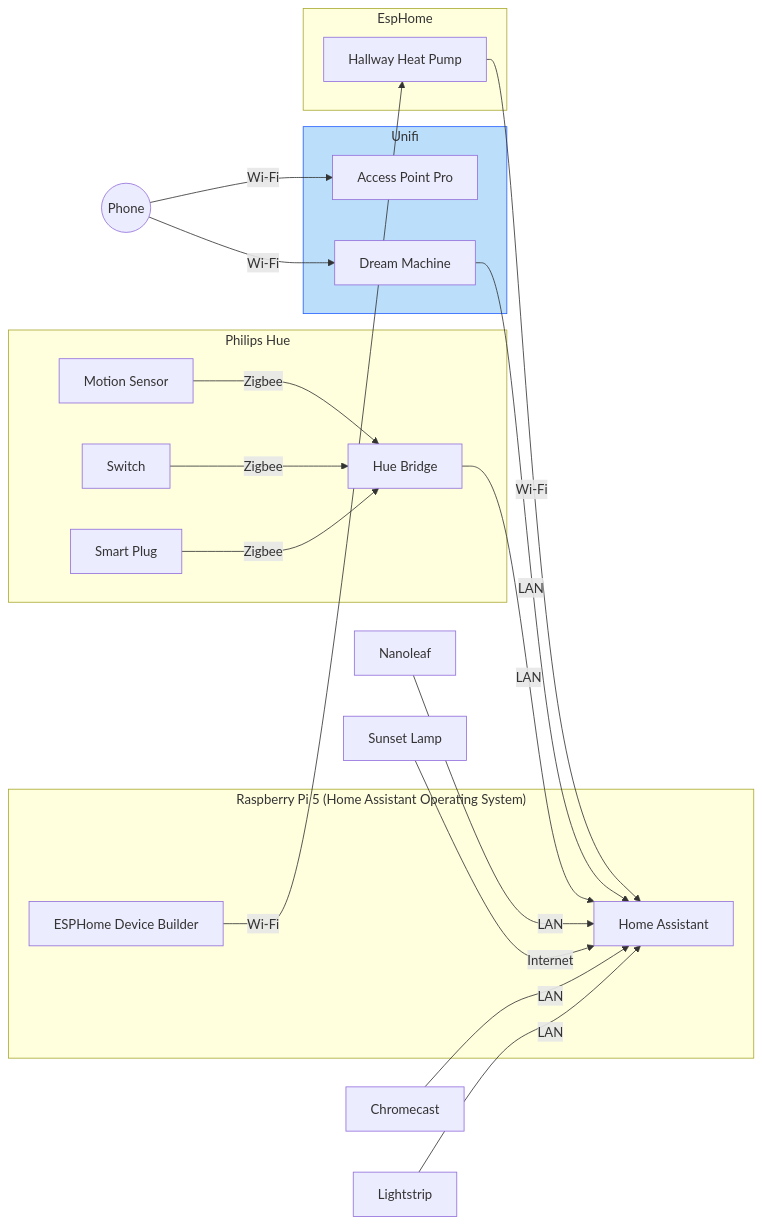
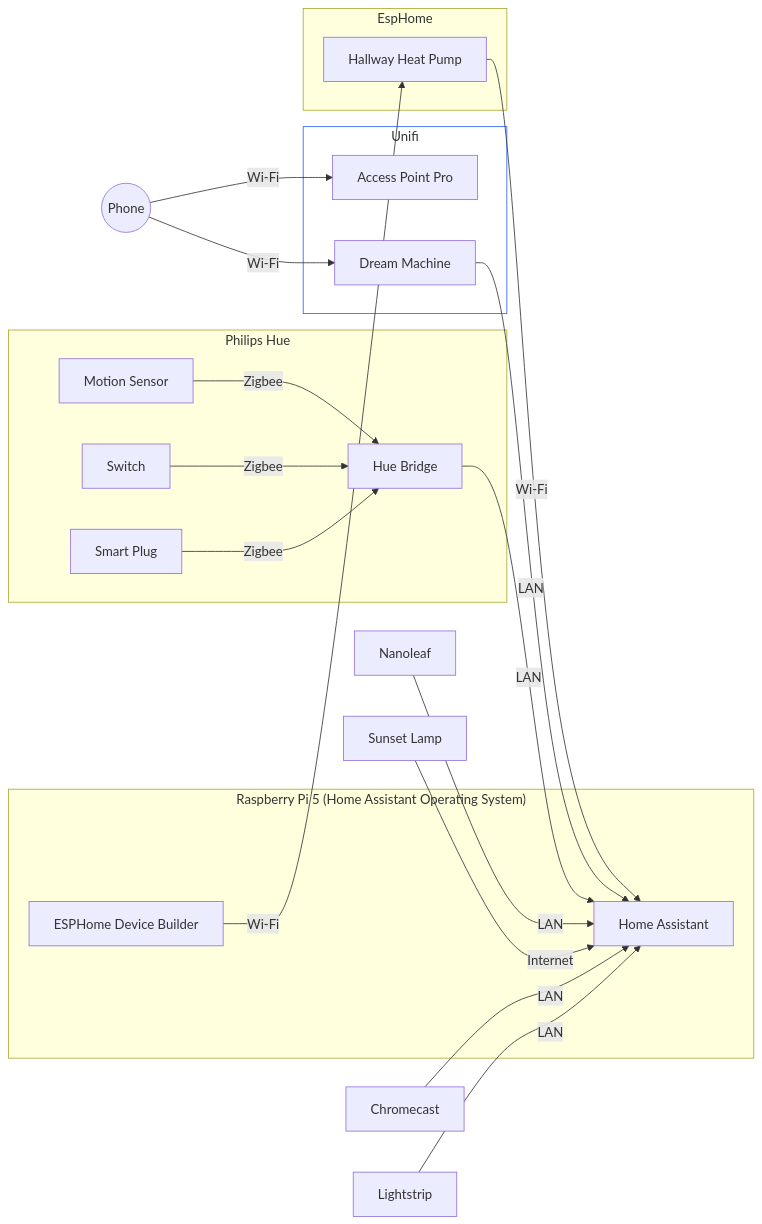
One commit to alanviles/HomeConfig changed the diagram in README.md. Above: the diagram before and after it, drawn with Mermaid.

Commit message:
remove background on unifi

````diff
--- a/README.md
+++ b/README.md
@@ -5,43 +5,43 @@
 ```mermaid
 flowchart LR
  subgraph s1["Raspberry Pi 5 (Home Assistant Operating System)"]
         n1["Home Assistant"]
         n5["ESPHome Device Builder"]
   end
  subgraph s2["EspHome"]
         n3["Hallway Heat Pump"]
   end
  subgraph s3["Philips Hue"]
         n6["Hue Bridge"]
         n7["Motion Sensor"]
         n8["Switch"]
         n9["Smart Plug"]
   end
  subgraph s4["Unifi"]
         n11["Access Point Pro"]
         n12["Dream Machine"]
   end
     n7 -- Zigbee --> n6
     n8 -- Zigbee --> n6
     n9 -- Zigbee --> n6
     n5 -- "Wi-Fi" --> n3
     n3 -- "Wi-Fi" --> n1
     n10(("Phone")) -- "Wi-Fi" --> n11 & n12
     n12 -- LAN --> n1
     n6 -- LAN --> n1
     n13["Nanoleaf"] -- LAN --> n1
     n14["Sunset Lamp"] -- Internet --> n1
     n15["Chromecast"] -- LAN --> n1
     n16["Lightstrip"] -- LAN --> n1
 
     n5@{ shape: rect}
     n7@{ shape: proc}
     n8@{ shape: rect}
     n9@{ shape: rect}
     n12@{ shape: rect}
     n13@{ shape: rect}
     n14@{ shape: rect}
     n15@{ shape: rect}
     n16@{ shape: rect}
-    style s4 stroke:#2962FF,fill:#BBDEFB
+    style s4 stroke:#2962FF,fill:transparent
 ```
````
